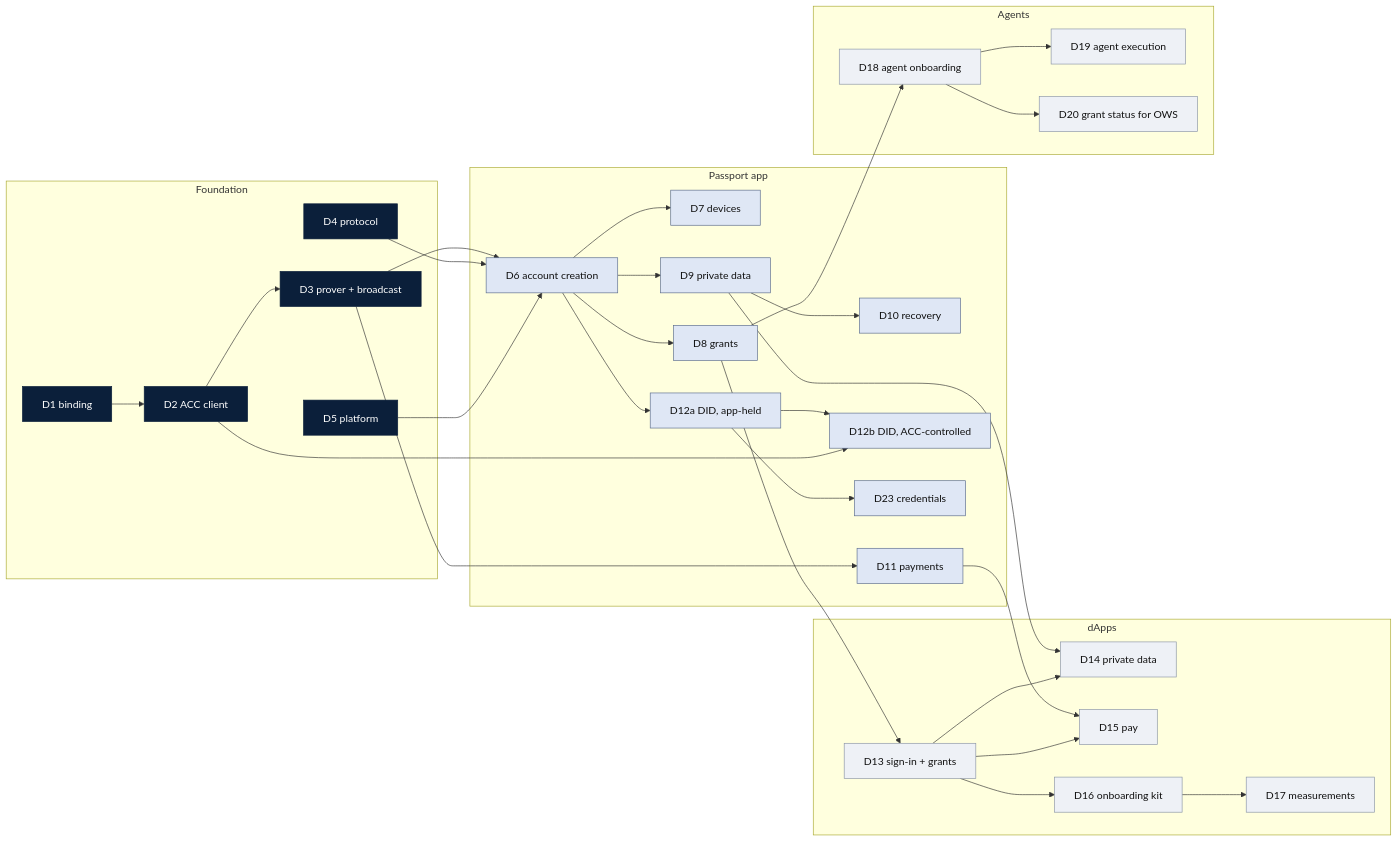
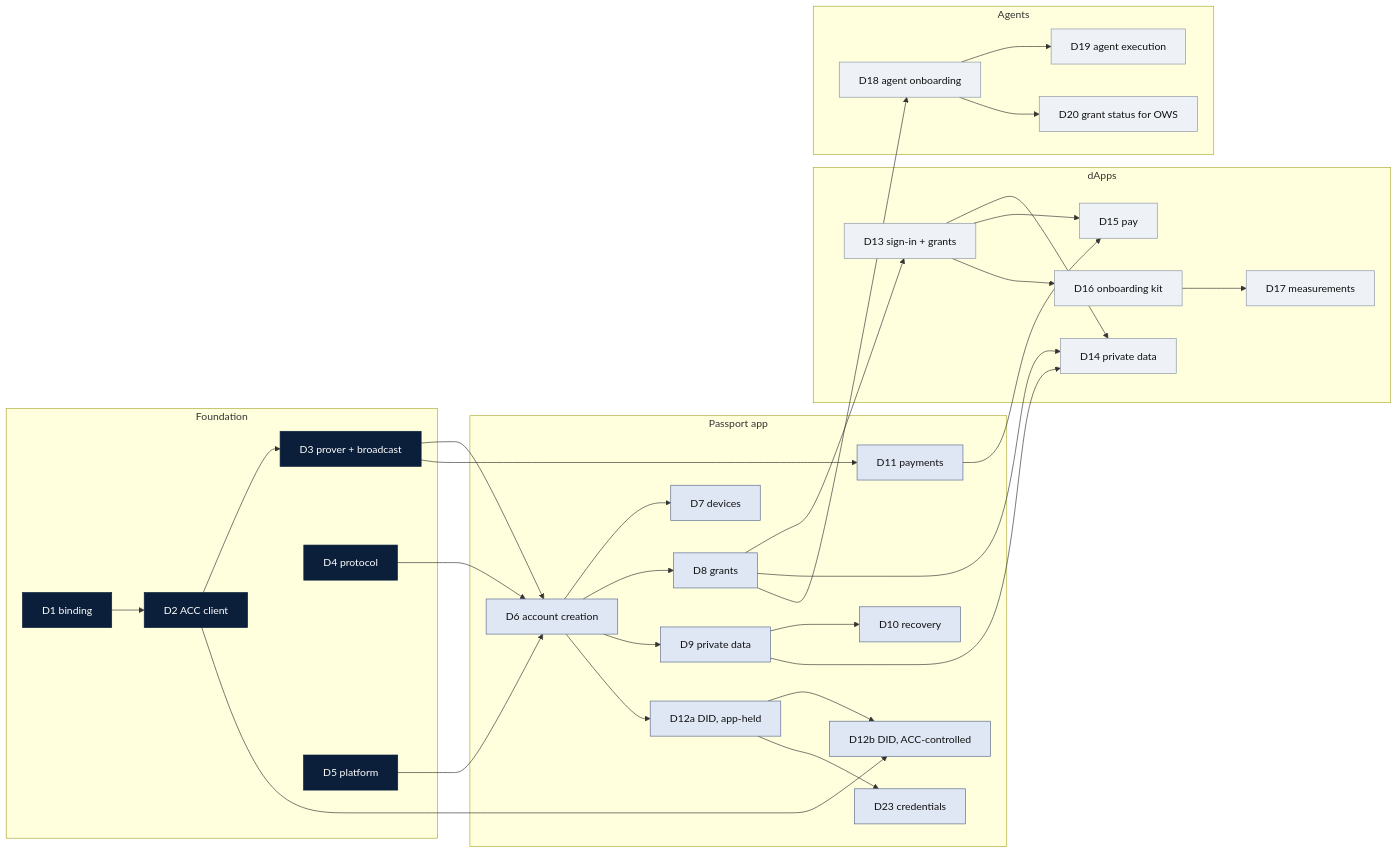
The diagram in docs/proposals/2026-09-25-sdk-deliverables.md (midnightntwrk/midnight-passport-sdk), drawn with Mermaid before and after one commit. The commit also changed other lines of this file and 3 other files, not shown here.

````diff
--- a/docs/proposals/2026-09-25-sdk-deliverables.md
+++ b/docs/proposals/2026-09-25-sdk-deliverables.md
@@ -62,61 +62,62 @@
 ```mermaid
 flowchart LR
     subgraph F[Foundation]
         D1[D1 binding] --> D2[D2 ACC client] --> D3[D3 prover + broadcast]
         D4[D4 protocol]
         D5[D5 platform]
     end
     subgraph A[Passport app]
         D6[D6 account creation]
         D7[D7 devices]
         D8[D8 grants]
         D9[D9 private data]
         D10[D10 recovery]
         D11[D11 payments]
         D12[D12a DID, app-held]
         D12B[D12b DID, ACC-controlled]
         D23[D23 credentials]
     end
     subgraph P[dApps]
         D13[D13 sign-in + grants]
         D14[D14 private data]
         D15[D15 pay]
         D16[D16 onboarding kit]
         D17[D17 measurements]
     end
     subgraph G[Agents]
         D18[D18 agent onboarding]
         D19[D19 agent execution]
         D20[D20 grant status for OWS]
     end
 
     D3 --> D6
     D4 --> D6
     D5 --> D6
     D6 --> D7
     D6 --> D8
     D6 --> D9
     D9 --> D10
     D3 --> D11
     D6 --> D12
     D12 --> D12B
     D2 --> D12B
     D12 --> D23
     D8 --> D13
+    D8 --> D14
     D9 --> D14
     D13 --> D14
     D11 --> D15
     D13 --> D15
     D13 --> D16
     D16 --> D17
     D8 --> D18
     D18 --> D19
     D18 --> D20
 
     classDef found fill:#0b1f3a,color:#ffffff,stroke:#0b1f3a
     classDef app fill:#dfe7f5,color:#111111,stroke:#5a6b8c
     classDef other fill:#eef1f6,color:#111111,stroke:#8a94a6
     class D1,D2,D3,D4,D5 found
     class D6,D7,D8,D9,D10,D11,D12,D12B,D23 app
     class D13,D14,D15,D16,D17,D18,D19,D20 other
 ```
````
